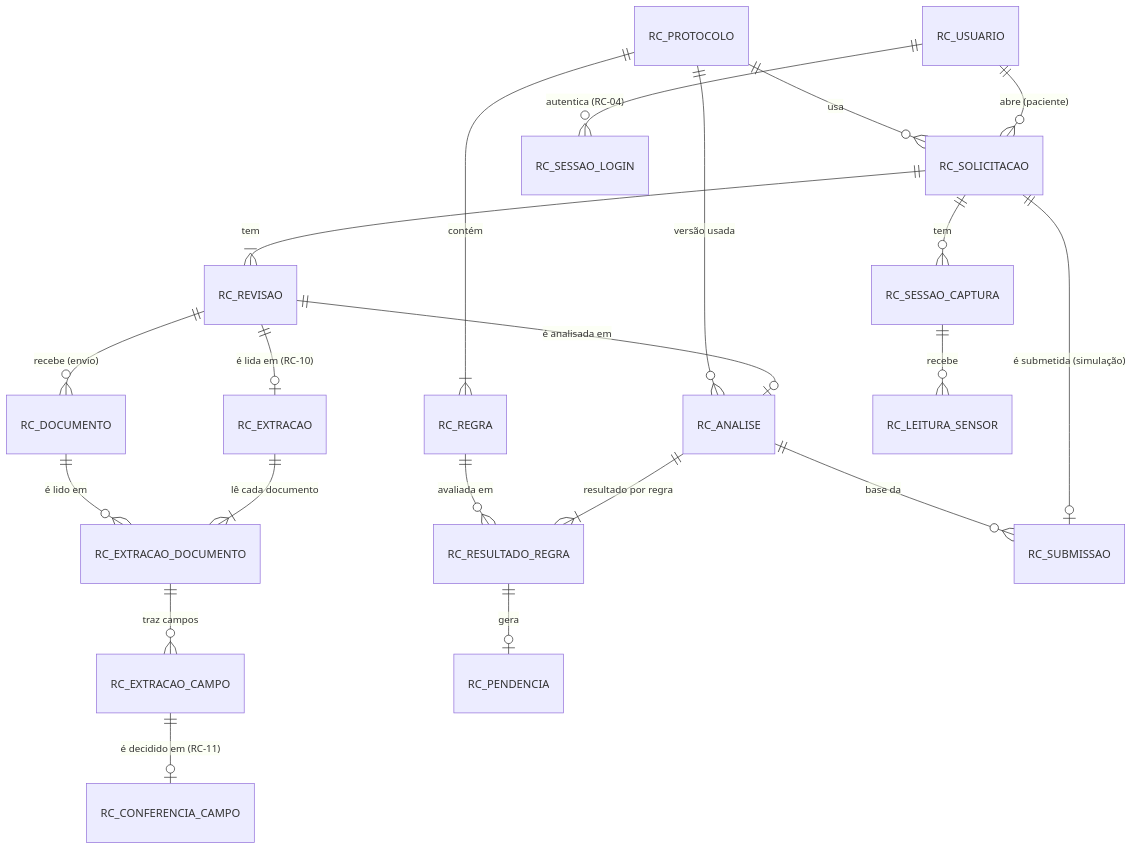
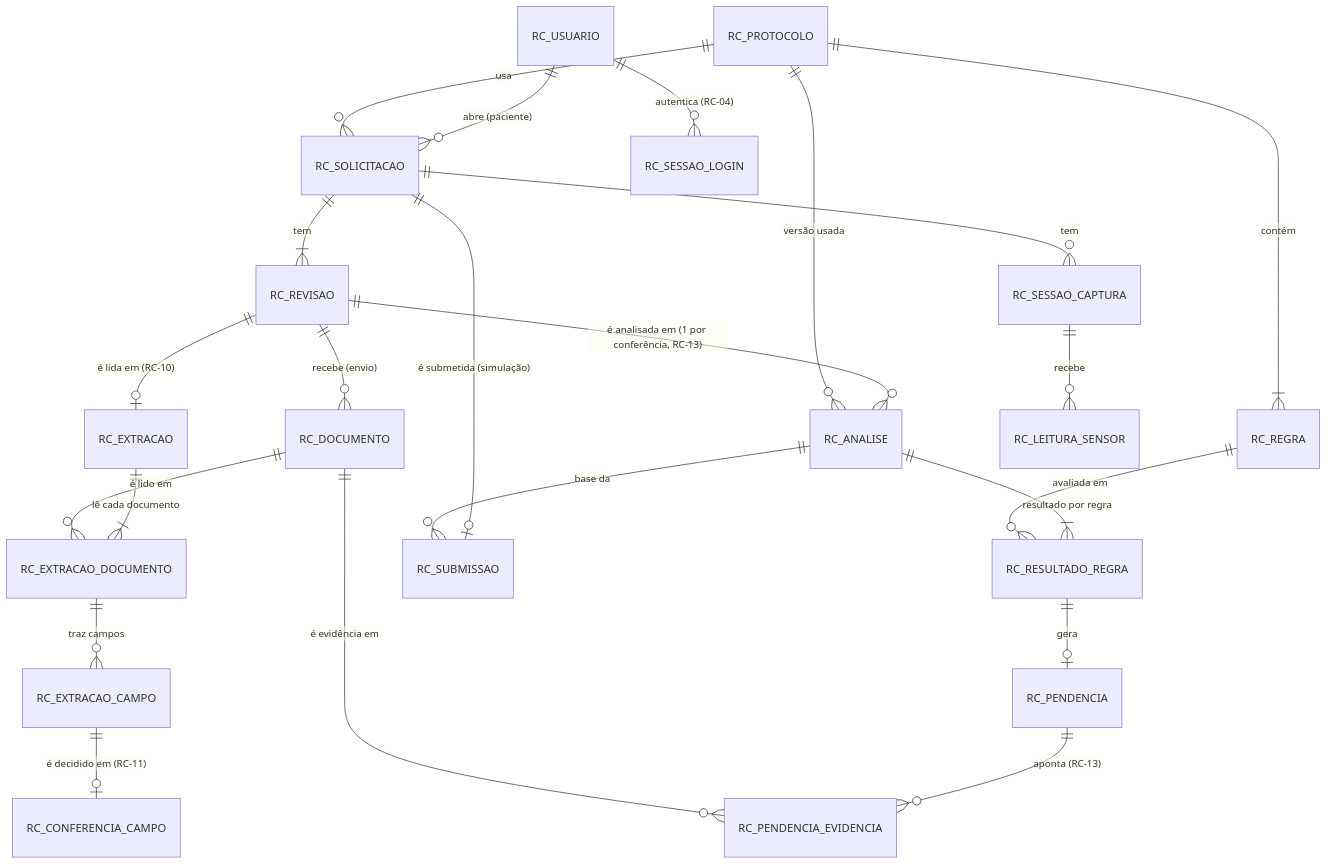
One commit to Code-Masters-F/RegulaCheck changed the diagram in docs/modelo-de-dados.md. Above: the diagram before and after it, drawn with Mermaid. The commit also changed other lines of this file and 12 other files, not shown here.

````diff
--- a/docs/modelo-de-dados.md
+++ b/docs/modelo-de-dados.md
@@ -7,23 +7,25 @@
 ```mermaid
 erDiagram
     RC_USUARIO ||--o{ RC_SOLICITACAO : "abre (paciente)"
     RC_USUARIO ||--o{ RC_SESSAO_LOGIN : "autentica (RC-04)"
     RC_PROTOCOLO ||--|{ RC_REGRA : "contém"
     RC_PROTOCOLO ||--o{ RC_SOLICITACAO : "usa"
     RC_SOLICITACAO ||--|{ RC_REVISAO : "tem"
     RC_REVISAO ||--o{ RC_DOCUMENTO : "recebe (envio)"
-    RC_REVISAO ||--o| RC_ANALISE : "é analisada em"
+    RC_REVISAO ||--o{ RC_ANALISE : "é analisada em (1 por conferência, RC-13)"
     RC_REVISAO ||--o| RC_EXTRACAO : "é lida em (RC-10)"
     RC_EXTRACAO ||--|{ RC_EXTRACAO_DOCUMENTO : "lê cada documento"
     RC_DOCUMENTO ||--o{ RC_EXTRACAO_DOCUMENTO : "é lido em"
     RC_EXTRACAO_DOCUMENTO ||--o{ RC_EXTRACAO_CAMPO : "traz campos"
     RC_EXTRACAO_CAMPO ||--o| RC_CONFERENCIA_CAMPO : "é decidido em (RC-11)"
     RC_PROTOCOLO ||--o{ RC_ANALISE : "versão usada"
     RC_ANALISE ||--|{ RC_RESULTADO_REGRA : "resultado por regra"
     RC_REGRA ||--o{ RC_RESULTADO_REGRA : "avaliada em"
     RC_RESULTADO_REGRA ||--o| RC_PENDENCIA : "gera"
+    RC_PENDENCIA ||--o{ RC_PENDENCIA_EVIDENCIA : "aponta (RC-13)"
+    RC_DOCUMENTO ||--o{ RC_PENDENCIA_EVIDENCIA : "é evidência em"
     RC_SOLICITACAO ||--o{ RC_SESSAO_CAPTURA : "tem"
     RC_SESSAO_CAPTURA ||--o{ RC_LEITURA_SENSOR : "recebe"
     RC_SOLICITACAO ||--o| RC_SUBMISSAO : "é submetida (simulação)"
     RC_ANALISE ||--o{ RC_SUBMISSAO : "base da"
 ```
````
